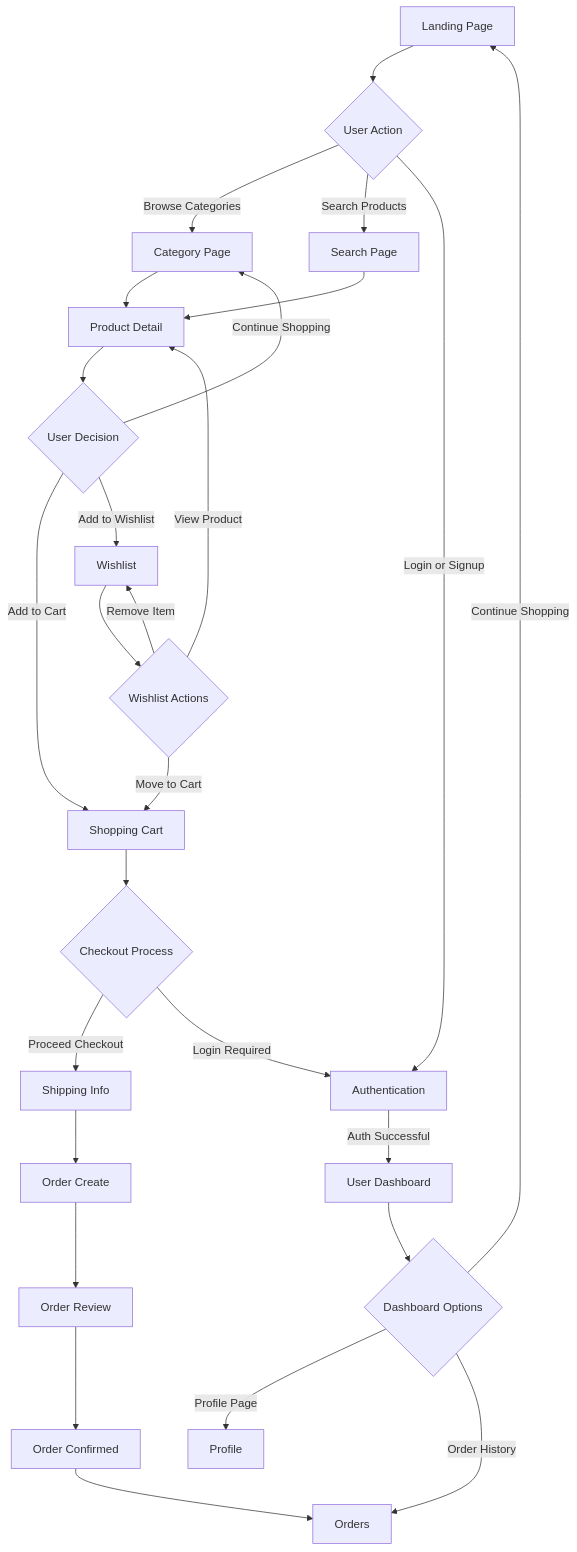
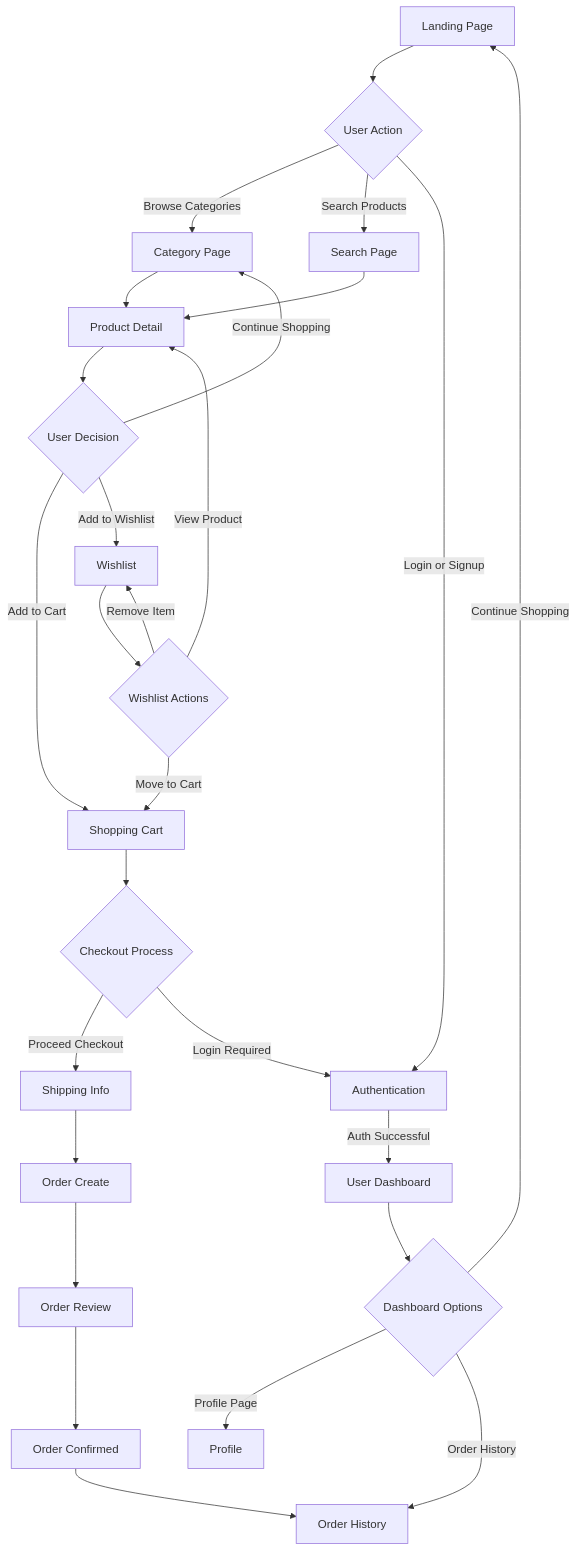
Before and after one commit to Ishu011/FashionTrend: the diagram in README.md, drawn with Mermaid. The commit also changed other lines of this file, not shown here.

````diff
--- a/README.md
+++ b/README.md
@@ -174,40 +174,41 @@
 ```mermaid
-graph TD
+flowchart TD
+
     A[Landing Page] --> B{User Action}
 
     B -->|Browse Categories| C[Category Page]
     B -->|Search Products| D[Search Page]
     B -->|Login or Signup| E[Authentication]
 
     C --> F[Product Detail]
-    D --> F
+    D --> F[Product Detail]
 
     F --> G{User Decision}
     G -->|Add to Cart| H[Shopping Cart]
     G -->|Add to Wishlist| I[Wishlist]
-    G -->|Continue Shopping| C
+    G -->|Continue Shopping| C[Category Page]
 
     H --> J{Checkout Process}
     J -->|Proceed Checkout| K[Shipping Info]
-    J -->|Login Required| E
+    J -->|Login Required| E[Authentication]
 
     E -->|Auth Successful| L[User Dashboard]
 
     L --> M{Dashboard Options}
     M -->|Profile Page| N[Profile]
     M -->|Order History| O[Orders]
-    M -->|Continue Shopping| A
+    M -->|Continue Shopping| A[Landing Page]
 
     K --> P[Order Create]
     P --> Q[Order Review]
     Q --> R[Order Confirmed]
-    R --> O
+    R --> O[Order History]
 
     I --> S{Wishlist Actions}
-    S -->|Move to Cart| H
-    S -->|Remove Item| I
-    S -->|View Product| F
+    S -->|Move to Cart| H[Shopping Cart]
+    S -->|Remove Item| I[Wishlist]
+    S -->|View Product| F[Product Detail]
 
 
 
 ```
````
